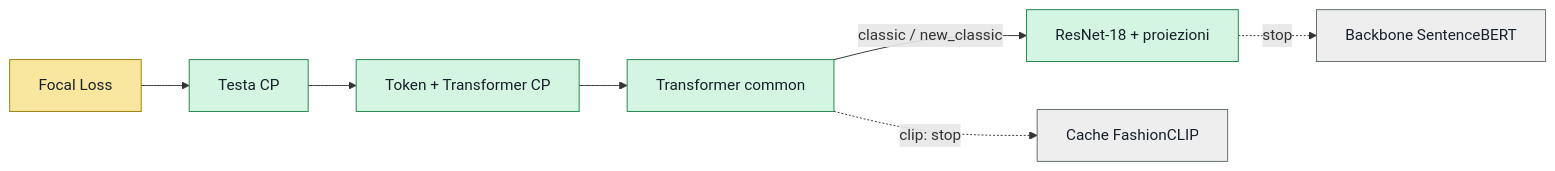
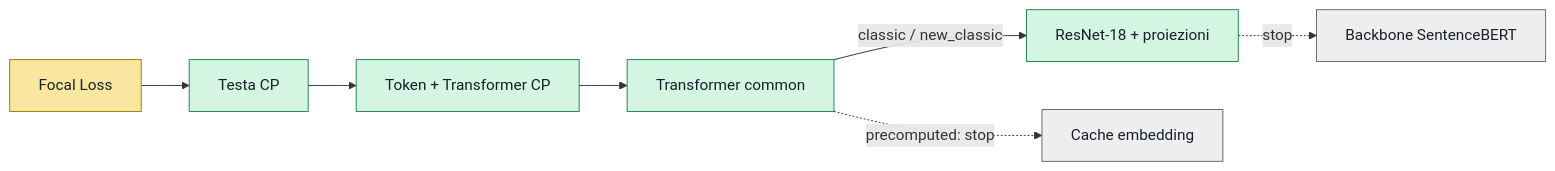
Before and after one commit to FlorindoDev/OutfitTransformer: the diagram in training/README.md, drawn with Mermaid. The commit also changed other lines of this file and 13 other files, not shown here.

````diff
--- a/training/README.md
+++ b/training/README.md
@@ -38,19 +38,19 @@
 ```mermaid
 flowchart LR
     LOSS["Focal Loss"] --> HEAD["Testa CP"]
     HEAD --> CP["Token + Transformer CP"]
     CP --> COMMON["Transformer common"]
 
     COMMON -->|classic / new_classic| RAW["ResNet-18 + proiezioni"]
     RAW -.->|stop| SBERT["Backbone SentenceBERT"]
 
-    COMMON -.->|clip: stop| CACHE["Cache FashionCLIP"]
+    COMMON -.->|precomputed: stop| CACHE["Cache embedding"]
 
     classDef trainable fill:#d5f5e3,stroke:#1e8449,color:#17202a;
     classDef frozen fill:#eeeeee,stroke:#616a6b,color:#17202a;
     classDef loss fill:#f9e79f,stroke:#9a7d0a,color:#17202a;
 
     class HEAD,CP,COMMON,RAW trainable;
     class SBERT,CACHE frozen;
     class LOSS loss;
 ```
````
